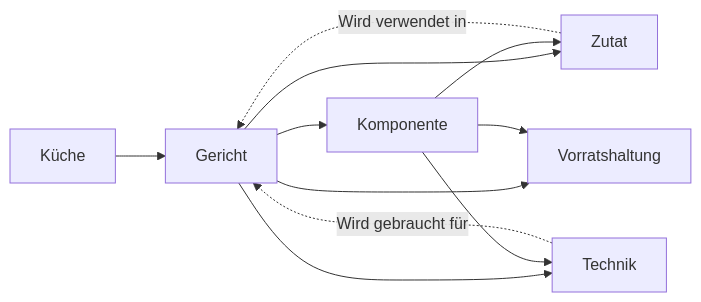
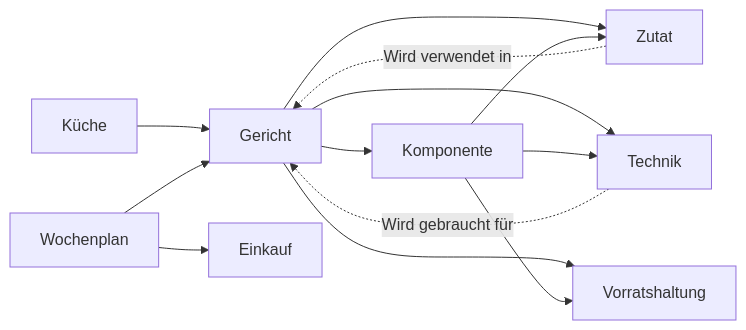
One commit to saschb2b/okf-bundles changed the diagram in bundles/rezepte/overview.md. Above: the diagram before and after it, drawn with Mermaid. The commit also changed other lines of this file and 11 other files, not shown here.

````diff
--- a/bundles/rezepte/overview.md
+++ b/bundles/rezepte/overview.md
@@ -32,13 +34,15 @@
 ```mermaid
 flowchart LR
   G[Gericht] --> K[Komponente]
   G --> Z[Zutat]
   K --> Z
   G --> T[Technik]
   K --> T
   Z -. "Wird verwendet in" .-> G
   T -. "Wird gebraucht für" .-> G
   KU[Küche] --> G
   G --> V[Vorratshaltung]
   K --> V
+  W[Wochenplan] --> G
+  W --> E[Einkauf]
 ```
````
